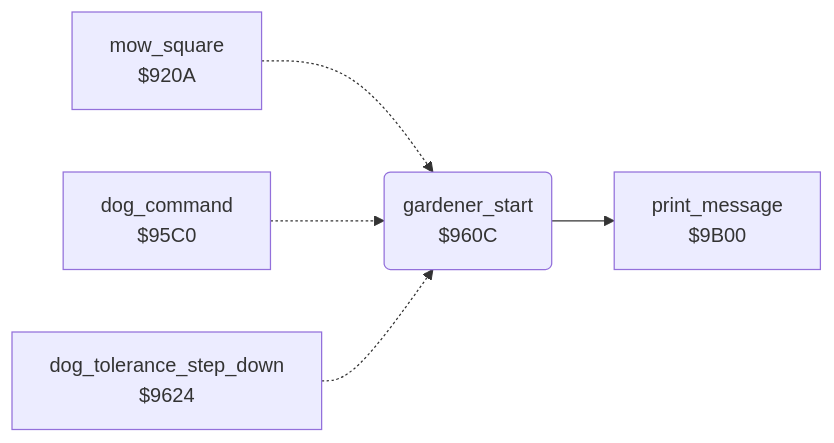
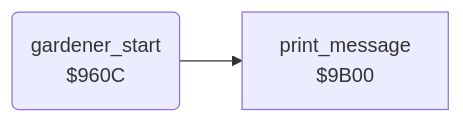
One commit to henols/c64_games changed the diagram in hover_bovver/docs/reference/modules/gardener/gardener_start.md. Above: the diagram before and after it, drawn with Mermaid. The commit also changed other lines of this file and 1100 other files, not shown here.

````diff
--- a/hover_bovver/docs/reference/modules/gardener/gardener_start.md
+++ b/hover_bovver/docs/reference/modules/gardener/gardener_start.md
@@ -10,12 +17,6 @@
 ```mermaid
 flowchart LR
-  n920a["mow_square<br/>$920A"]
-  n95c0["dog_command<br/>$95C0"]
   n960c("gardener_start<br/>$960C")
-  n9624["dog_tolerance_step_down<br/>$9624"]
   n9b00["print_message<br/>$9B00"]
-  n920a -.-> n960c
-  n95c0 -.-> n960c
   n960c --> n9b00
-  n9624 -.-> n960c
 ```
````
